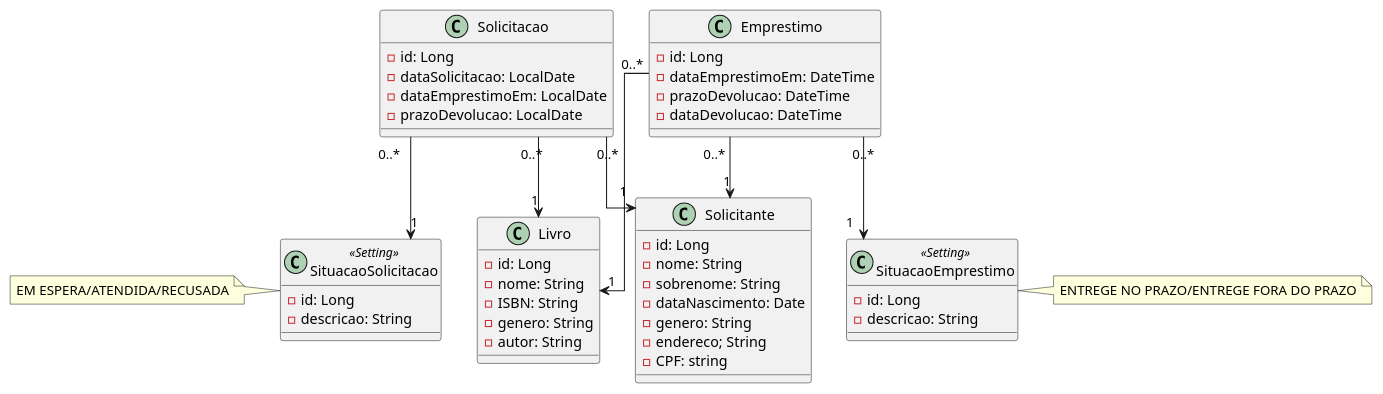
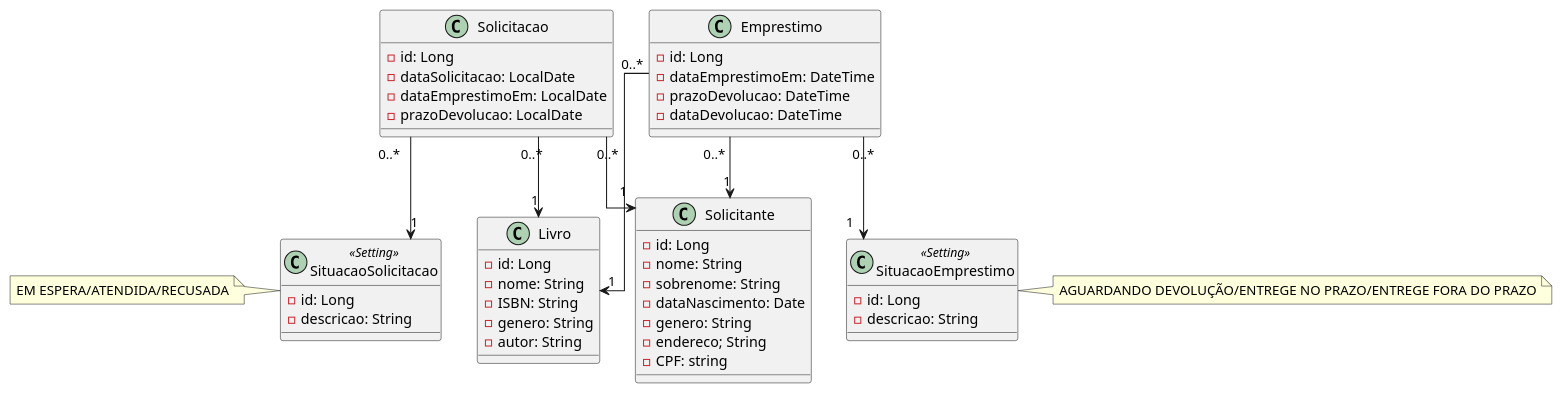
Before and after one commit to jeoliveira045/sistema-bibly-java: the diagram in src/main/resources/domain.plantuml, drawn with PlantUML. The commit also changed 5 other files, not shown here.

```diff
--- a/src/main/resources/domain.plantuml
+++ b/src/main/resources/domain.plantuml
@@ -1,75 +1,75 @@
 @startuml
 
 skinparam linetype ortho
 top to bottom direction
 
     class Livro{
         - id: Long
         - nome: String
         - ISBN: String
         - genero: String
         - autor: String
     }
 
     class Emprestimo{
         - id: Long
         - dataEmprestimoEm: DateTime
         - prazoDevolucao: DateTime
         - dataDevolucao: DateTime
     }
 
     class Solicitante{
         - id: Long
         - nome: String
         - sobrenome: String
         - dataNascimento: Date
         - genero: String
         - endereco; String
         - CPF: string
     }
 
     class Solicitacao{
         - id: Long
         - dataSolicitacao: LocalDate
         - dataEmprestimoEm: LocalDate
         - prazoDevolucao: LocalDate
     }
 
     class SituacaoSolicitacao<<Setting>>{
         - id: Long
         - descricao: String
     }
 
 '    class SituacaoLivro<<Setting>>{
 '
 '        - id: Long
 '        - descricao: String
 '    }
 '
 '    class SituacaoSolicitante<<Setting>>{
 '        - id: Long
 '        - descricao: String
 '    }
     class SituacaoEmprestimo<<Setting>>{
         - id: Long
         - descricao: String
     }
 
 
     note left of SituacaoSolicitacao : EM ESPERA/ATENDIDA/RECUSADA
 '    note right of SituacaoSolicitante : SEM PENDENCIA/PRECISA DEVOLVER
 '    note left of SituacaoLivro : EMPRESTADO/EM ESTOQUE
-    note right of SituacaoEmprestimo: ENTREGE NO PRAZO/ENTREGE FORA DO PRAZO
+    note right of SituacaoEmprestimo: AGUARDANDO DEVOLUÇÃO/ENTREGE NO PRAZO/ENTREGE FORA DO PRAZO
 
 
     Emprestimo "0..*"--> "1" Livro
     Emprestimo "0..*" --> "1" Solicitante
     Solicitacao "0..*" --> "1" Solicitante
     Solicitacao "0..*" --> "1" Livro
     Solicitacao  "0..*" --> "1" SituacaoSolicitacao
 '    Solicitante "0..*" --> "1" SituacaoSolicitante
 '    Livro "0..*" --> "1" SituacaoLivro
     Emprestimo "0..*" --> "1" SituacaoEmprestimo
 
 
 @enduml
```
